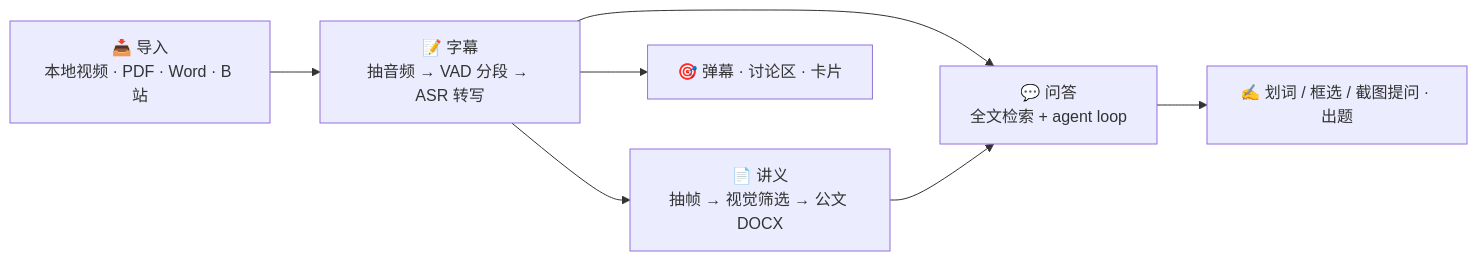
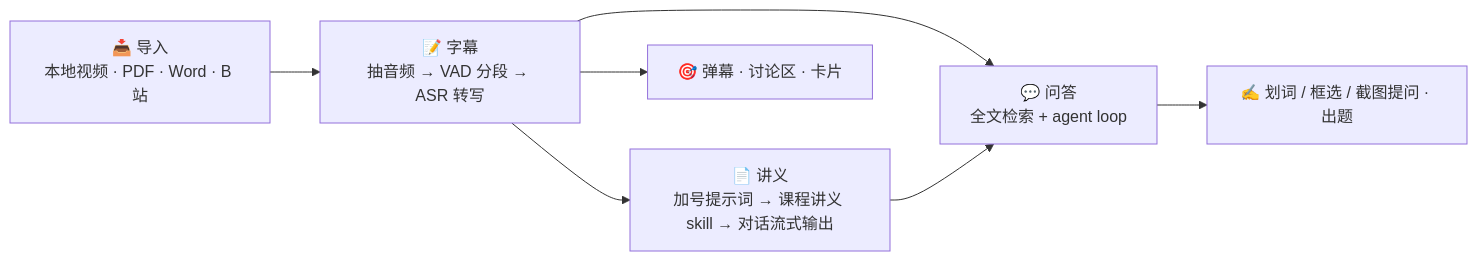
One commit to BA7MLV/wangke-agent changed the first of 2 diagrams in README.md. Above: the diagram before and after it, drawn with Mermaid. The commit also changed other lines of this file and 26 other files, not shown here.

````diff
--- a/README.md
+++ b/README.md
@@ -46,9 +46,9 @@
 ```mermaid
 flowchart LR
     IN["📥 导入<br/>本地视频 · PDF · Word · B 站"] --> SUB["📝 字幕<br/>抽音频 → VAD 分段 → ASR 转写"]
-    SUB --> HO["📄 讲义<br/>抽帧 → 视觉筛选 → 公文 DOCX"]
+    SUB --> HO["📄 讲义<br/>加号提示词 → 课程讲义 skill → 对话流式输出"]
     SUB --> QA["💬 问答<br/>全文检索 + agent loop"]
     HO --> QA
     SUB --> DM["🎯 弹幕 · 讨论区 · 卡片"]
     QA --> ASK["✍️ 划词 / 框选 / 截图提问 · 出题"]
 ```
````
